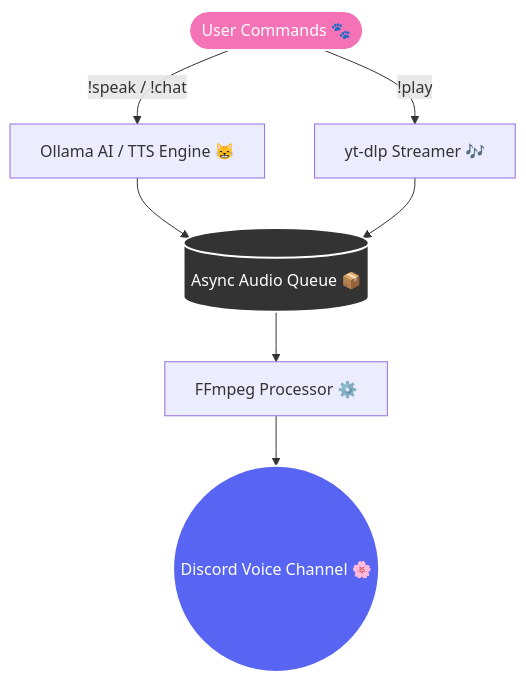
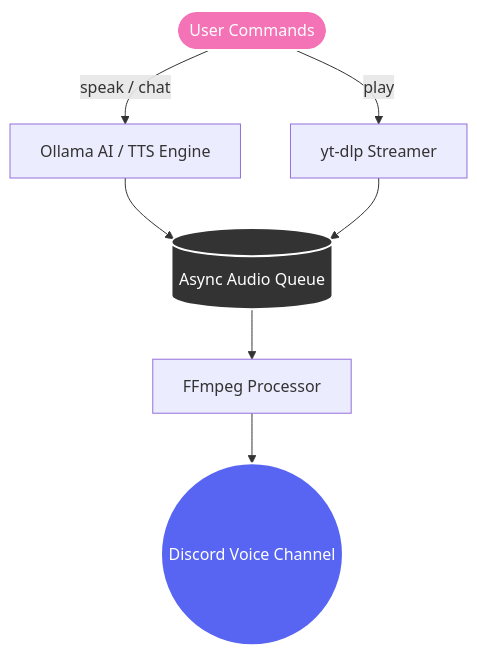
The diagram in README.md (E27-25/thai-tts-bot), drawn with Mermaid before and after one commit.

Commit message:
fix: remove emojis from mermaid diagram to fix rich display rendering error in previewers

````diff
--- a/README.md
+++ b/README.md
@@ -106,15 +106,15 @@
 ```mermaid
 graph TD
-    User([User Commands 🐾]) -->|!speak / !chat| NLP[Ollama AI / TTS Engine 😸]
-    User -->|!play| YTDL[yt-dlp Streamer 🎶]
+    User([User Commands]) -->|speak / chat| NLP[Ollama AI / TTS Engine]
+    User -->|play| YTDL[yt-dlp Streamer]
     
-    NLP --> Queue[(Async Audio Queue 📦)]
+    NLP --> Queue[(Async Audio Queue)]
     YTDL --> Queue
     
-    Queue --> FFmpeg[FFmpeg Processor ⚙️]
-    FFmpeg --> Discord((Discord Voice Channel 🌸))
+    Queue --> FFmpeg[FFmpeg Processor]
+    FFmpeg --> Discord((Discord Voice Channel))
     
     style User fill:#F472B6,stroke:#fff,stroke-width:2px,color:#fff
     style Discord fill:#5865F2,stroke:#fff,stroke-width:2px,color:#fff
     style Queue fill:#333,stroke:#fff,stroke-width:2px,color:#fff
 ```
````
